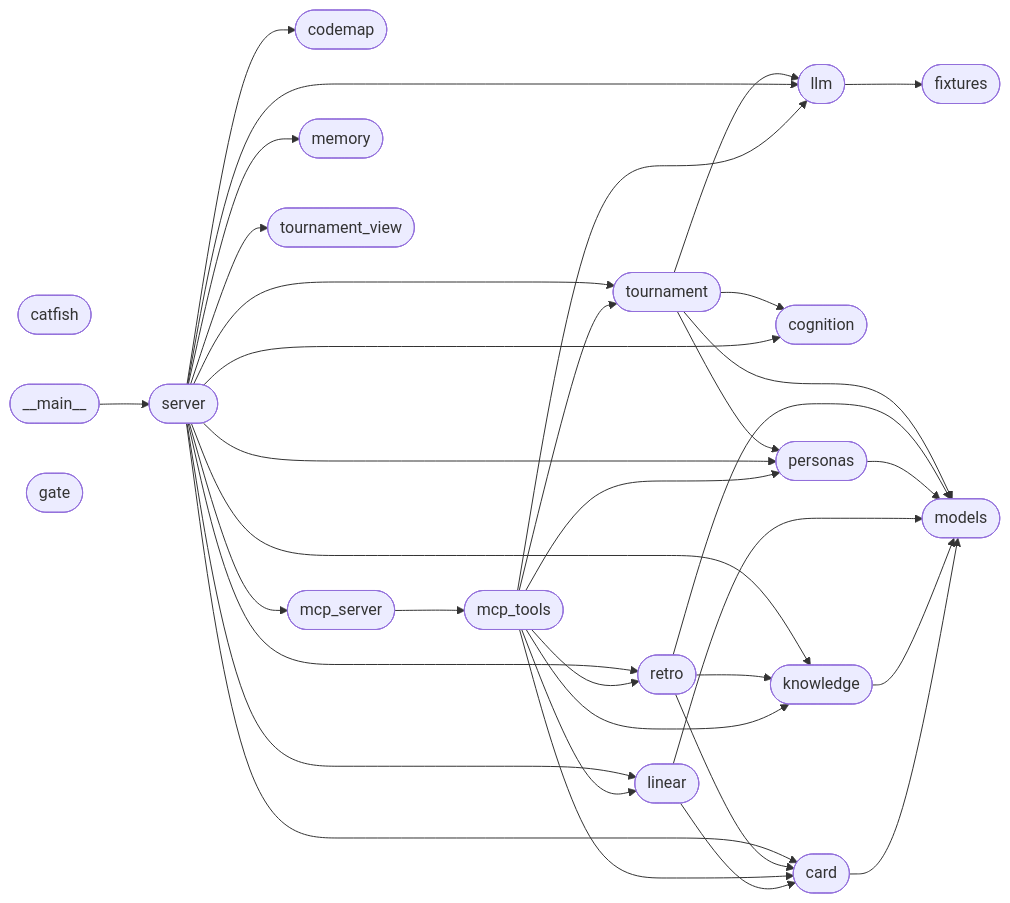
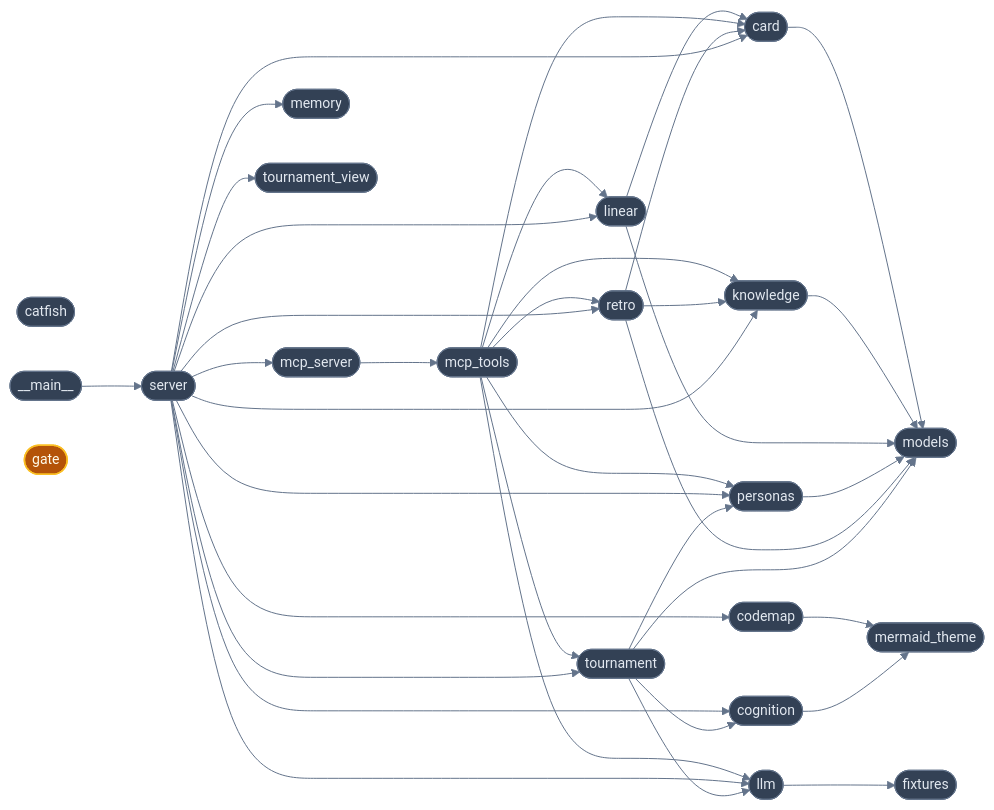
Before and after one commit to JamalMansuri/fried-catfish: the diagram in wiki/index.md, drawn with Mermaid. The commit also changed other lines of this file and 8 other files, not shown here.

First line of the commit message:
Theme the generated mermaid diagrams (GitHub-native init + classDef)

````diff
--- a/wiki/index.md
+++ b/wiki/index.md
@@ -15,56 +15,67 @@
 ```mermaid
+%%{init: {"theme": "base", "themeVariables": {"fontFamily": "ui-monospace, SFMono-Regular, Menlo, Consolas, monospace", "fontSize": "14px", "primaryColor": "#1e293b", "primaryTextColor": "#e2e8f0", "primaryBorderColor": "#475569", "lineColor": "#64748b", "secondaryColor": "#334155", "tertiaryColor": "#0f172a", "edgeLabelBackground": "#0f172a"}, "flowchart": {"curve": "basis", "nodeSpacing": 45, "rankSpacing": 60, "padding": 8}}}%%
 graph LR
   catfish([catfish])
   catfish-__main__([__main__])
   catfish-card([card])
   catfish-codemap([codemap])
   catfish-cognition([cognition])
   catfish-fixtures([fixtures])
   catfish-gate([gate])
   catfish-knowledge([knowledge])
   catfish-linear([linear])
   catfish-llm([llm])
   catfish-mcp_server([mcp_server])
   catfish-mcp_tools([mcp_tools])
   catfish-memory([memory])
+  catfish-mermaid_theme([mermaid_theme])
   catfish-models([models])
   catfish-personas([personas])
   catfish-retro([retro])
   catfish-server([server])
   catfish-tournament([tournament])
   catfish-tournament_view([tournament_view])
   catfish-__main__ --> catfish-server
   catfish-card --> catfish-models
+  catfish-codemap --> catfish-mermaid_theme
+  catfish-cognition --> catfish-mermaid_theme
   catfish-knowledge --> catfish-models
   catfish-linear --> catfish-card
   catfish-linear --> catfish-models
   catfish-llm --> catfish-fixtures
   catfish-mcp_server --> catfish-mcp_tools
   catfish-mcp_tools --> catfish-card
   catfish-mcp_tools --> catfish-knowledge
   catfish-mcp_tools --> catfish-linear
   catfish-mcp_tools --> catfish-llm
   catfish-mcp_tools --> catfish-personas
   catfish-mcp_tools --> catfish-retro
   catfish-mcp_tools --> catfish-tournament
   catfish-personas --> catfish-models
   catfish-retro --> catfish-card
   catfish-retro --> catfish-knowledge
   catfish-retro --> catfish-models
   catfish-server --> catfish-card
   catfish-server --> catfish-codemap
   catfish-server --> catfish-cognition
   catfish-server --> catfish-knowledge
   catfish-server --> catfish-linear
   catfish-server --> catfish-llm
   catfish-server --> catfish-mcp_server
   catfish-server --> catfish-memory
   catfish-server --> catfish-personas
   catfish-server --> catfish-retro
   catfish-server --> catfish-tournament
   catfish-server --> catfish-tournament_view
   catfish-tournament --> catfish-cognition
   catfish-tournament --> catfish-llm
   catfish-tournament --> catfish-models
   catfish-tournament --> catfish-personas
+classDef engine fill:#155e75,stroke:#22d3ee,stroke-width:1.5px,color:#ecfeff;
+classDef io fill:#334155,stroke:#64748b,stroke-width:1px,color:#e2e8f0;
+classDef accent fill:#b45309,stroke:#fbbf24,stroke-width:1.5px,color:#fffbeb;
+classDef gate fill:#7f1d1d,stroke:#fbbf24,stroke-width:2px,color:#fff7ed;
+classDef good fill:#166534,stroke:#4ade80,stroke-width:1.5px,color:#f0fdf4;
+  class catfish-gate accent
+  class catfish,catfish-__main__,catfish-card,catfish-codemap,catfish-cognition,catfish-fixtures,catfish-knowledge,catfish-linear,catfish-llm,catfish-mcp_server,catfish-mcp_tools,catfish-memory,catfish-mermaid_theme,catfish-models,catfish-personas,catfish-retro,catfish-server,catfish-tournament,catfish-tournament_view io
 ```
````
